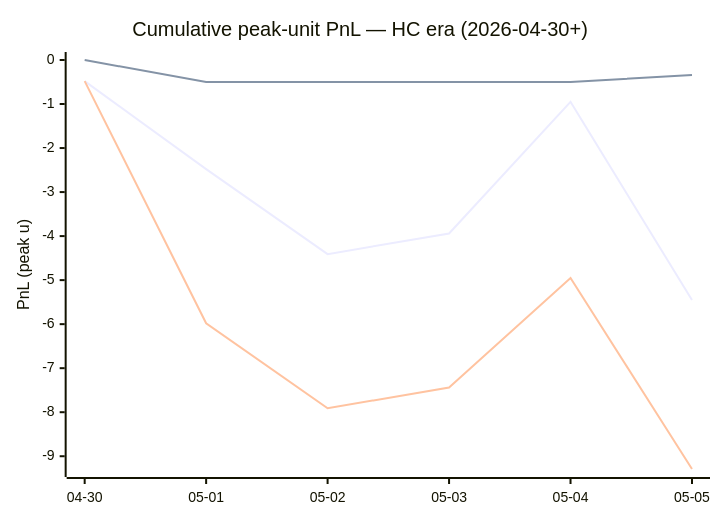
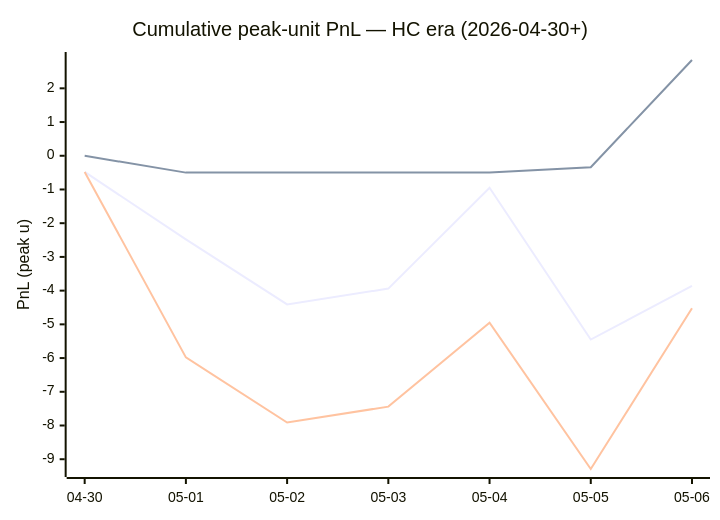
Before and after one commit to dpk1212/nhl-savant: the diagram in DAILY_V6_REPORT.md, drawn with Mermaid. The commit also changed other lines of this file, not shown here.

````diff
--- a/DAILY_V6_REPORT.md
+++ b/DAILY_V6_REPORT.md
@@ -156,9 +159,9 @@
 ```mermaid
 xychart-beta
     title "Cumulative peak-unit PnL — HC era (2026-04-30+)"
-    x-axis ["04-30", "05-01", "05-02", "05-03", "05-04", "05-05"]
+    x-axis ["04-30", "05-01", "05-02", "05-03", "05-04", "05-05", "05-06"]
     y-axis "PnL (peak u)"
-    line "HC ≥ +1" [-0.48, -2.48, -4.41, -3.94, -0.95, -5.45]
-    line "HC = 0"  [0.00, -0.50, -0.50, -0.50, -0.50, -0.34]
-    line "All (HC era)" [-0.48, -5.98, -7.91, -7.44, -4.95, -9.29]
+    line "HC ≥ +1" [-0.48, -2.48, -4.41, -3.94, -0.95, -5.45, -3.86]
+    line "HC = 0"  [0.00, -0.50, -0.50, -0.50, -0.50, -0.34, 2.84]
+    line "All (HC era)" [-0.48, -5.98, -7.91, -7.44, -4.95, -9.29, -4.52]
 ```
````
